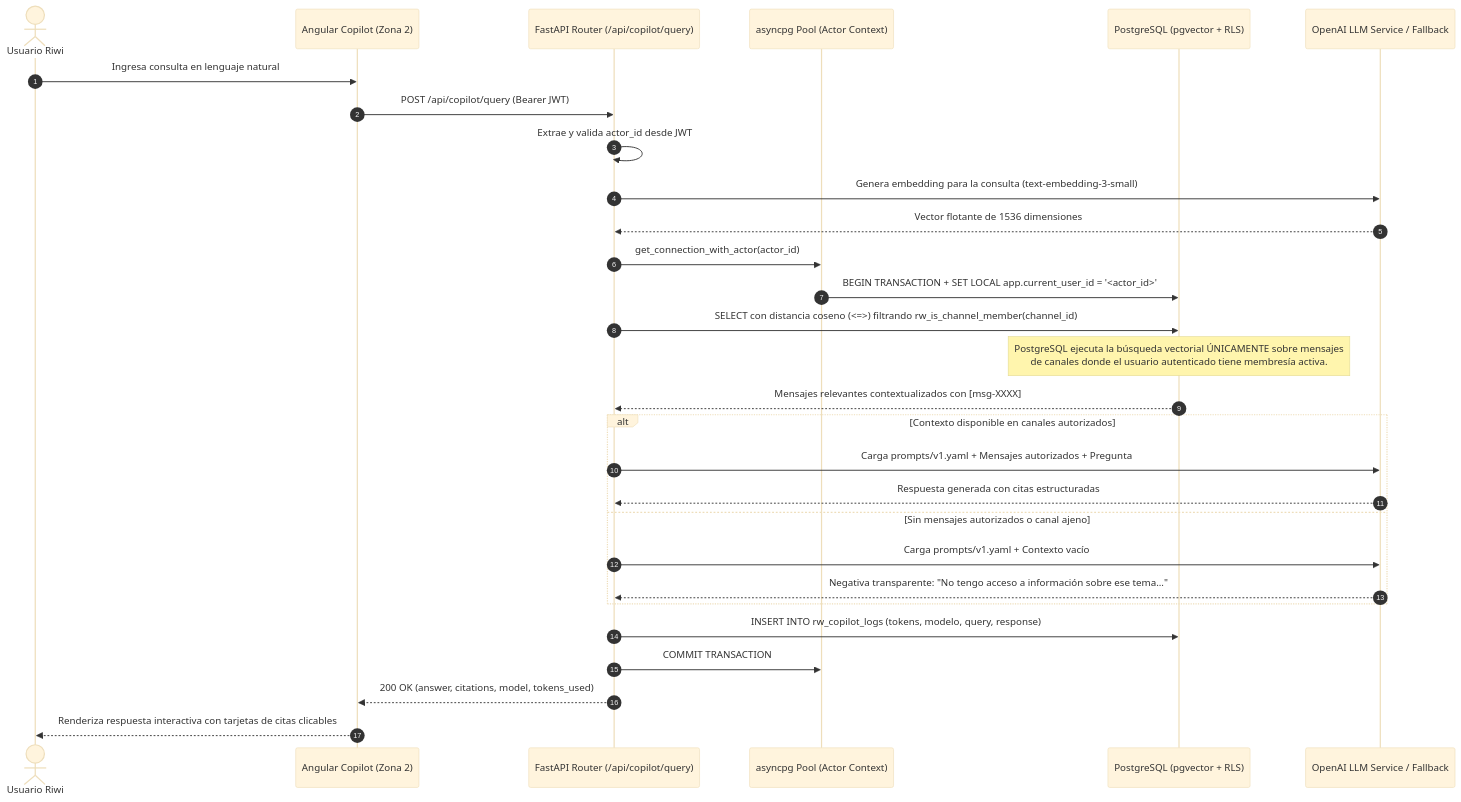
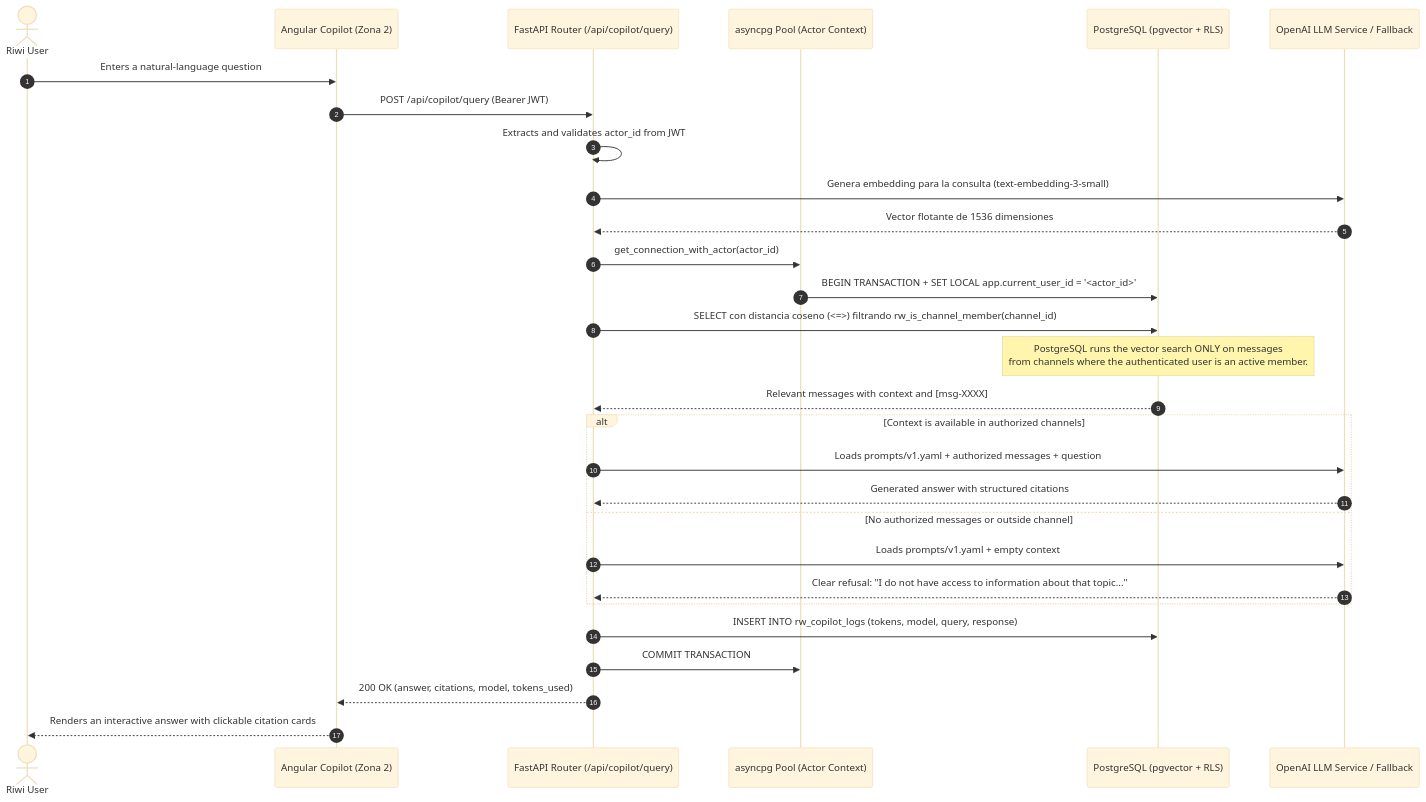
One commit to sanzmunoz/chat_consultas changed the second of 3 diagrams in ARCHITECTURE.md. Above: the diagram before and after it, drawn with Mermaid (base theme). The commit also changed other lines of this file and 2 other files, not shown here.

````diff
--- a/ARCHITECTURE.md
+++ b/ARCHITECTURE.md
@@ -87,34 +87,34 @@
 ```mermaid
 sequenceDiagram
     autonumber
-    actor Usuario as Usuario Riwi
+    actor Usuario as Riwi User
     participant FE as Angular Copilot (Zona 2)
     participant API as FastAPI Router (/api/copilot/query)
     participant Pool as asyncpg Pool (Actor Context)
     participant DB as PostgreSQL (pgvector + RLS)
     participant LLM as OpenAI LLM Service / Fallback
 
-    Usuario->>FE: Ingresa consulta en lenguaje natural
+    Usuario->>FE: Enters a natural-language question
     FE->>API: POST /api/copilot/query (Bearer JWT)
-    API->>API: Extrae y valida actor_id desde JWT
+    API->>API: Extracts and validates actor_id from JWT
     API->>LLM: Genera embedding para la consulta (text-embedding-3-small)
     LLM-->>API: Vector flotante de 1536 dimensiones
     API->>Pool: get_connection_with_actor(actor_id)
     Pool->>DB: BEGIN TRANSACTION + SET LOCAL app.current_user_id = '<actor_id>'
     API->>DB: SELECT con distancia coseno (<=>) filtrando rw_is_channel_member(channel_id)
-    Note over DB: PostgreSQL ejecuta la búsqueda vectorial ÚNICAMENTE sobre mensajes<br/>de canales donde el usuario autenticado tiene membresía activa.
-    DB-->>API: Mensajes relevantes contextualizados con [msg-XXXX]
+    Note over DB: PostgreSQL runs the vector search ONLY on messages<br/>from channels where the authenticated user is an active member.
+    DB-->>API: Relevant messages with context and [msg-XXXX]
     
-    alt Contexto disponible en canales autorizados
-        API->>LLM: Carga prompts/v1.yaml + Mensajes autorizados + Pregunta
-        LLM-->>API: Respuesta generada con citas estructuradas
-    else Sin mensajes autorizados o canal ajeno
-        API->>LLM: Carga prompts/v1.yaml + Contexto vacío
-        LLM-->>API: Negativa transparente: "No tengo acceso a información sobre ese tema..."
+    alt Context is available in authorized channels
+        API->>LLM: Loads prompts/v1.yaml + authorized messages + question
+        LLM-->>API: Generated answer with structured citations
+    else No authorized messages or outside channel
+        API->>LLM: Loads prompts/v1.yaml + empty context
+        LLM-->>API: Clear refusal: "I do not have access to information about that topic..."
     end
 
-    API->>DB: INSERT INTO rw_copilot_logs (tokens, modelo, query, response)
+    API->>DB: INSERT INTO rw_copilot_logs (tokens, model, query, response)
     API->>Pool: COMMIT TRANSACTION
     API-->>FE: 200 OK (answer, citations, model, tokens_used)
-    FE-->>Usuario: Renderiza respuesta interactiva con tarjetas de citas clicables
+    FE-->>Usuario: Renders an interactive answer with clickable citation cards
 ```
````
